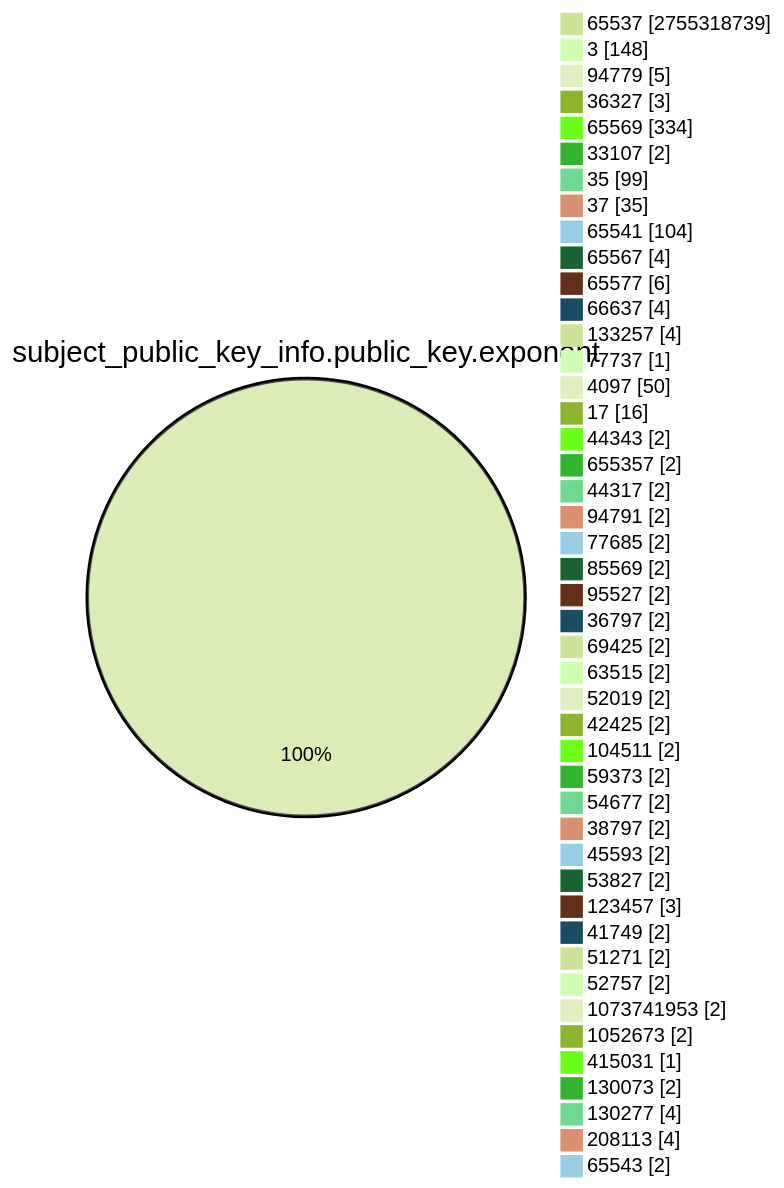
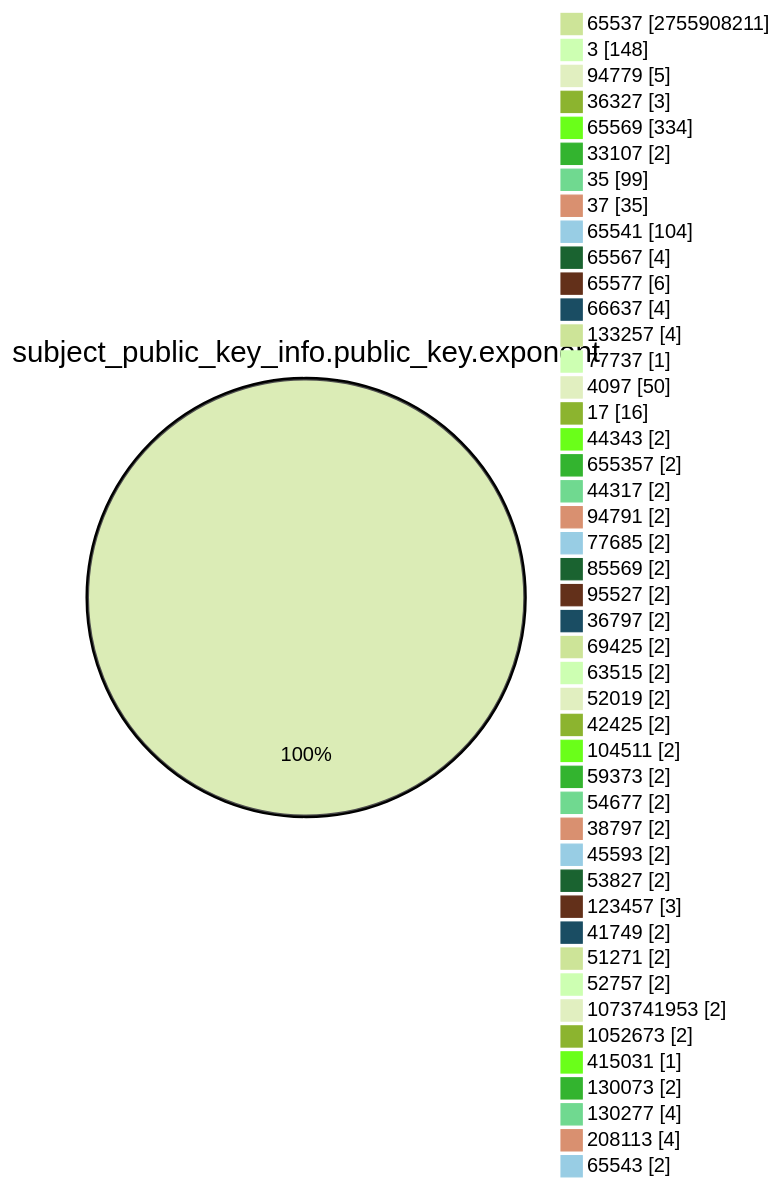
Before and after one commit to christiankrug/ctmonitor_visualization: the fourth of 15 diagrams in TOTAL/README.md, drawn with Mermaid (forest theme). The commit also changed other lines of this file, not shown here.

````diff
--- a/TOTAL/README.md
+++ b/TOTAL/README.md
@@ -1467,49 +1467,49 @@
 ```mermaid
 pie showData
 title subject_public_key_info.public_key.exponent
-"65537" :2755318739
+"65537" :2755908211
 "3" :148
 "94779" :5
 "36327" :3
 "65569" :334
 "33107" :2
 "35" :99
 "37" :35
 "65541" :104
 "65567" :4
 "65577" :6
 "66637" :4
 "133257" :4
 "77737" :1
 "4097" :50
 "17" :16
 "44343" :2
 "655357" :2
 "44317" :2
 "94791" :2
 "77685" :2
 "85569" :2
 "95527" :2
 "36797" :2
 "69425" :2
 "63515" :2
 "52019" :2
 "42425" :2
 "104511" :2
 "59373" :2
 "54677" :2
 "38797" :2
 "45593" :2
 "53827" :2
 "123457" :3
 "41749" :2
 "51271" :2
 "52757" :2
 "1073741953" :2
 "1052673" :2
 "415031" :1
 "130073" :2
 "130277" :4
 "208113" :4
 "65543" :2
 ```
````
